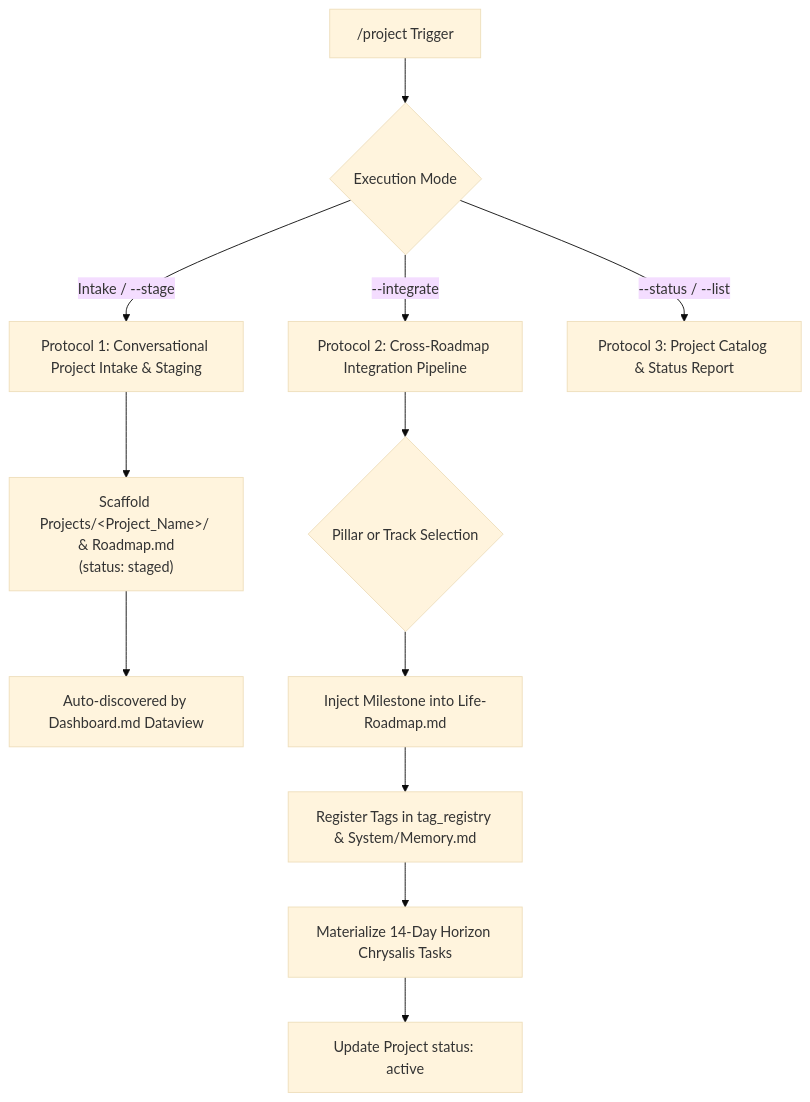
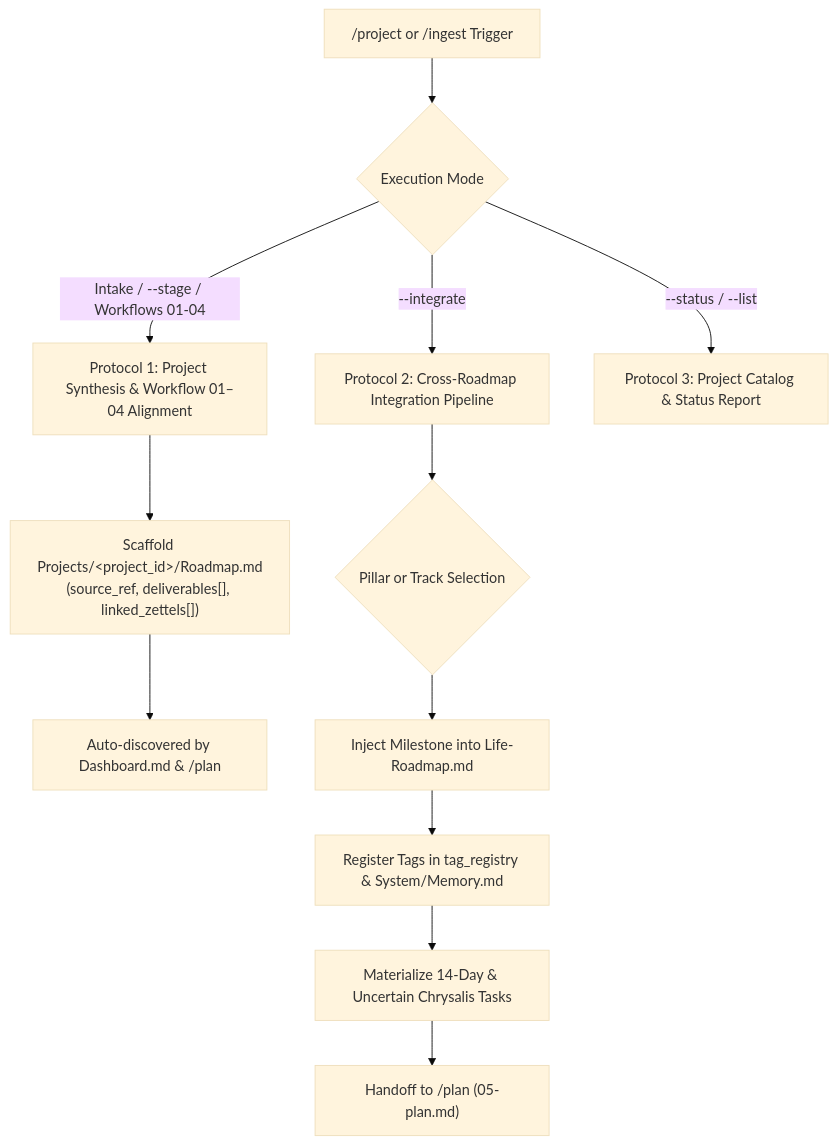
The diagram in .agent/skills/project/SKILL.md (tama-gucci/chrysalis), drawn with Mermaid (base theme) before and after one commit. The commit also changed other lines of this file and 140 other files, not shown here.

````diff
--- a/.agent/skills/project/SKILL.md
+++ b/.agent/skills/project/SKILL.md
@@ -29,16 +35,16 @@
 ```mermaid
 graph TD
-    Trigger["/project Trigger"] --> Mode{Execution Mode}
-    Mode -->|"Intake / --stage"| P1["Protocol 1: Conversational Project Intake & Staging"]
+    Trigger["/project or /ingest Trigger"] --> Mode{Execution Mode}
+    Mode -->|"Intake / --stage / Workflows 01-04"| P1["Protocol 1: Project Synthesis & Workflow 01–04 Alignment"]
     Mode -->|"--integrate"| P2["Protocol 2: Cross-Roadmap Integration Pipeline"]
     Mode -->|"--status / --list"| P3["Protocol 3: Project Catalog & Status Report"]
 
-    P1 --> Scaffold["Scaffold Projects/&lt;Project_Name&gt;/ & Roadmap.md<br>(status: staged)"]
-    Scaffold --> LiveDash["Auto-discovered by Dashboard.md Dataview"]
+    P1 --> Scaffold["Scaffold Projects/&lt;project_id&gt;/Roadmap.md<br>(source_ref, deliverables[], linked_zettels[])"]
+    Scaffold --> LiveDash["Auto-discovered by Dashboard.md & /plan"]
 
     P2 --> PillarSelect{"Pillar or Track Selection"}
     PillarSelect --> PillarInject["Inject Milestone into Life-Roadmap.md"]
     PillarInject --> TagSync["Register Tags in tag_registry & System/Memory.md"]
-    TagSync --> HorizonIngest["Materialize 14-Day Horizon Chrysalis Tasks"]
-    HorizonIngest --> MarkActive["Update Project status: active"]
+    TagSync --> HorizonIngest["Materialize 14-Day & Uncertain Chrysalis Tasks"]
+    HorizonIngest --> HandOffPlan["Handoff to /plan (05-plan.md)"]
 ```
````
